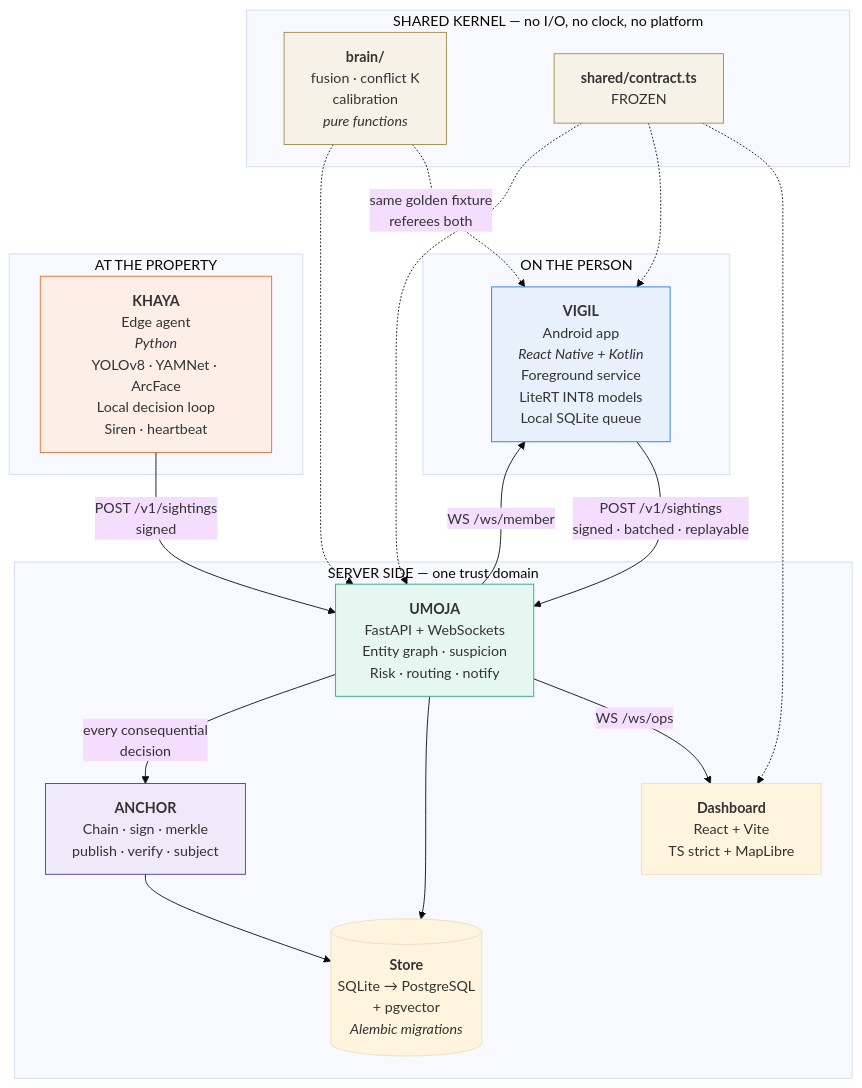
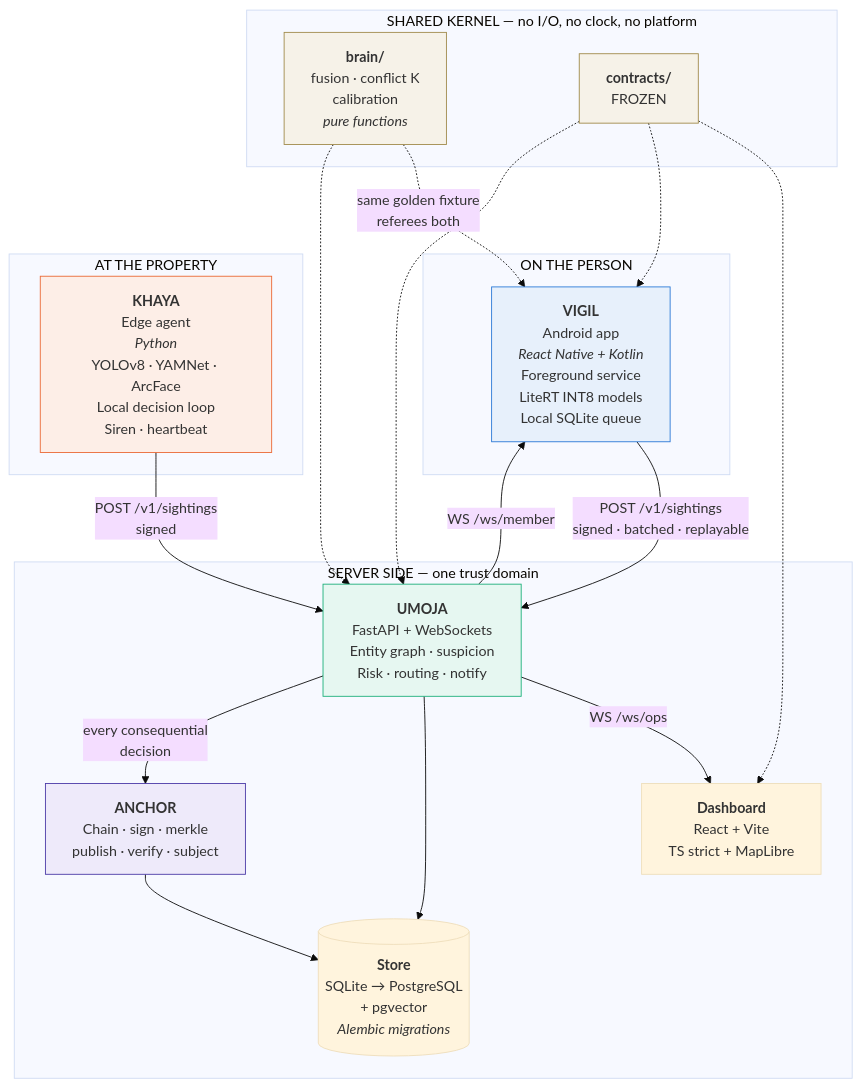
One commit to LethaboMH14/V.U.KA--Geekulcha changed the tenth of 47 diagrams in docs/01-ARCHITECTURE.md. Above: the diagram before and after it, drawn with Mermaid (base theme). The commit also changed other lines of this file and 2 other files, not shown here.

Commit message:
docs(contracts): point live references at contracts directory

````diff
--- a/docs/01-ARCHITECTURE.md
+++ b/docs/01-ARCHITECTURE.md
@@ -505,39 +505,39 @@
 ```mermaid
 flowchart TB
     subgraph PERSON["ON THE PERSON"]
         VIGIL["<b>VIGIL</b><br/>Android app<br/><i>React Native + Kotlin</i><br/>Foreground service<br/>LiteRT INT8 models<br/>Local SQLite queue"]
     end
     subgraph PROP["AT THE PROPERTY"]
         KHAYA["<b>KHAYA</b><br/>Edge agent<br/><i>Python</i><br/>YOLOv8 · YAMNet · ArcFace<br/>Local decision loop<br/>Siren · heartbeat"]
     end
     subgraph CLOUD["SERVER SIDE — one trust domain"]
         UMOJA["<b>UMOJA</b><br/>FastAPI + WebSockets<br/>Entity graph · suspicion<br/>Risk · routing · notify"]
         ANCHOR["<b>ANCHOR</b><br/>Chain · sign · merkle<br/>publish · verify · subject"]
         DB[("<b>Store</b><br/>SQLite → PostgreSQL<br/>+ pgvector<br/><i>Alembic migrations</i>")]
         DASH["<b>Dashboard</b><br/>React + Vite<br/>TS strict + MapLibre"]
     end
     subgraph SHARED["SHARED KERNEL — no I/O, no clock, no platform"]
         BRAIN["<b>brain/</b><br/>fusion · conflict K<br/>calibration<br/><i>pure functions</i>"]
-        CONTRACT["<b>shared/contract.ts</b><br/>FROZEN"]
+        CONTRACT["<b>contracts/</b><br/>FROZEN"]
     end
 
     VIGIL -->|"POST /v1/sightings<br/>signed · batched · replayable"| UMOJA
     KHAYA -->|"POST /v1/sightings<br/>signed"| UMOJA
     UMOJA -->|"WS /ws/member"| VIGIL
     UMOJA -->|"WS /ws/ops"| DASH
     UMOJA --> DB
     ANCHOR --> DB
     UMOJA -->|"every consequential<br/>decision"| ANCHOR
     BRAIN -.->|"same golden fixture<br/>referees both"| VIGIL
     BRAIN -.-> UMOJA
     CONTRACT -.-> DASH
     CONTRACT -.-> VIGIL
     CONTRACT -.-> UMOJA
 
     style VIGIL fill:#e7f0fb,stroke:#2a78d6
     style KHAYA fill:#fdeee7,stroke:#eb6834
     style UMOJA fill:#e6f7f1,stroke:#1baf7a
     style ANCHOR fill:#eeeafa,stroke:#4a3aa7
     style BRAIN fill:#f6f2e8,stroke:#a08a4a
     style CONTRACT fill:#f6f2e8,stroke:#a08a4a
 ```
````
